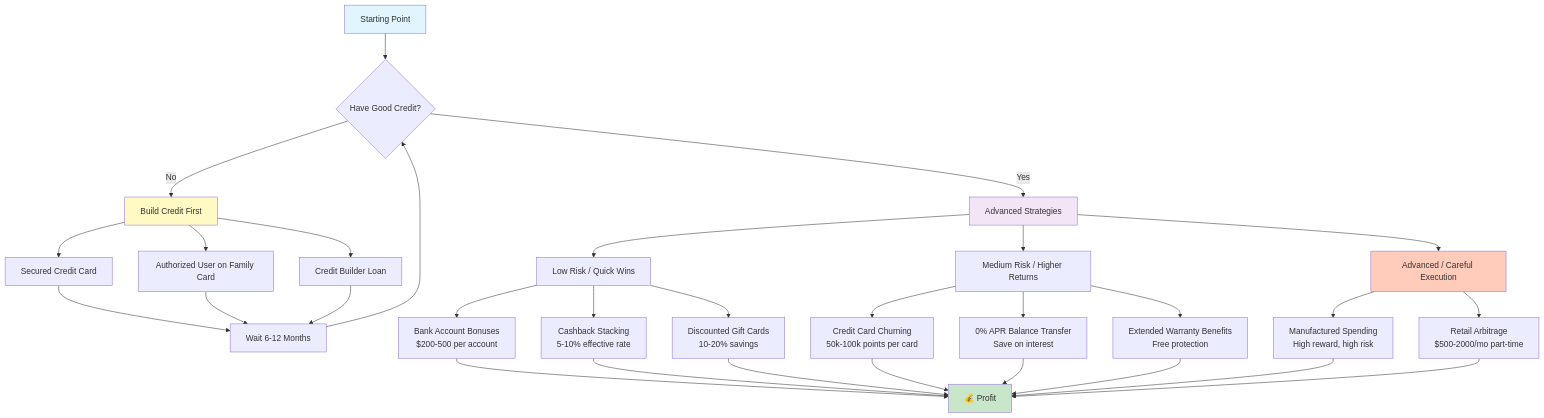
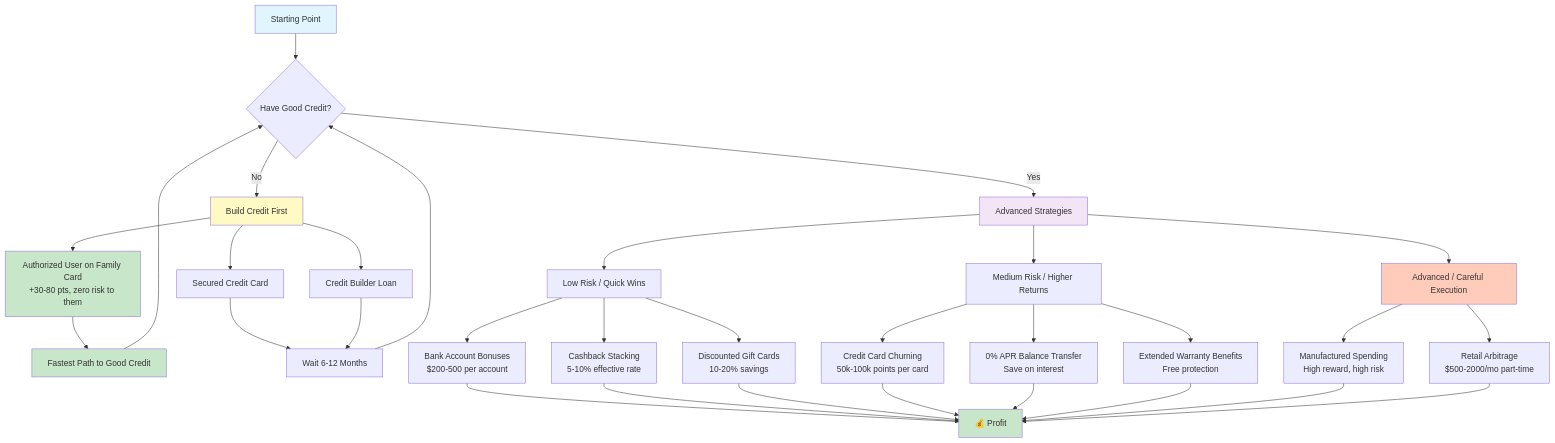
One commit to nulljosh/arby changed the first of 2 diagrams in README.md. Above: the diagram before and after it, drawn with Mermaid. The commit also changed other lines of this file and 1 other file, not shown here.

First line of the commit message:
Add authorized user pitch + expand credit arbitrage section

````diff
--- a/README.md
+++ b/README.md
@@ -7,46 +7,49 @@
 ```mermaid
 graph TD
     Start[Starting Point] --> CheckCredit{Have Good Credit?}
 
     CheckCredit -->|No| BuildCredit[Build Credit First]
     CheckCredit -->|Yes| Advanced[Advanced Strategies]
 
+    BuildCredit --> AuthUser[Authorized User on Family Card<br/>+30-80 pts, zero risk to them]
     BuildCredit --> SecuredCard[Secured Credit Card]
-    BuildCredit --> AuthUser[Authorized User on Family Card]
     BuildCredit --> CreditBuilder[Credit Builder Loan]
 
+    AuthUser --> FastTrack[Fastest Path to Good Credit]
     SecuredCard --> WaitTime[Wait 6-12 Months]
-    AuthUser --> WaitTime
     CreditBuilder --> WaitTime
+    FastTrack --> CheckCredit
     WaitTime --> CheckCredit
 
     Advanced --> LowRisk[Low Risk / Quick Wins]
     Advanced --> MedRisk[Medium Risk / Higher Returns]
     Advanced --> HighRisk[Advanced / Careful Execution]
 
     LowRisk --> BankBonus[Bank Account Bonuses<br/>$200-500 per account]
     LowRisk --> Cashback[Cashback Stacking<br/>5-10% effective rate]
     LowRisk --> GiftCards[Discounted Gift Cards<br/>10-20% savings]
 
     MedRisk --> Churning[Credit Card Churning<br/>50k-100k points per card]
     MedRisk --> BalanceTransfer[0% APR Balance Transfer<br/>Save on interest]
     MedRisk --> Warranty[Extended Warranty Benefits<br/>Free protection]
 
     HighRisk --> Manufactured[Manufactured Spending<br/>High reward, high risk]
     HighRisk --> RetailArb[Retail Arbitrage<br/>$500-2000/mo part-time]
 
     BankBonus --> Profit[💰 Profit]
     Cashback --> Profit
     GiftCards --> Profit
     Churning --> Profit
     BalanceTransfer --> Profit
     Warranty --> Profit
     Manufactured --> Profit
     RetailArb --> Profit
 
     style Start fill:#e1f5ff
     style Profit fill:#c8e6c9
     style BuildCredit fill:#fff9c4
     style Advanced fill:#f3e5f5
     style HighRisk fill:#ffccbc
+    style AuthUser fill:#c8e6c9
+    style FastTrack fill:#c8e6c9
 ```
````
